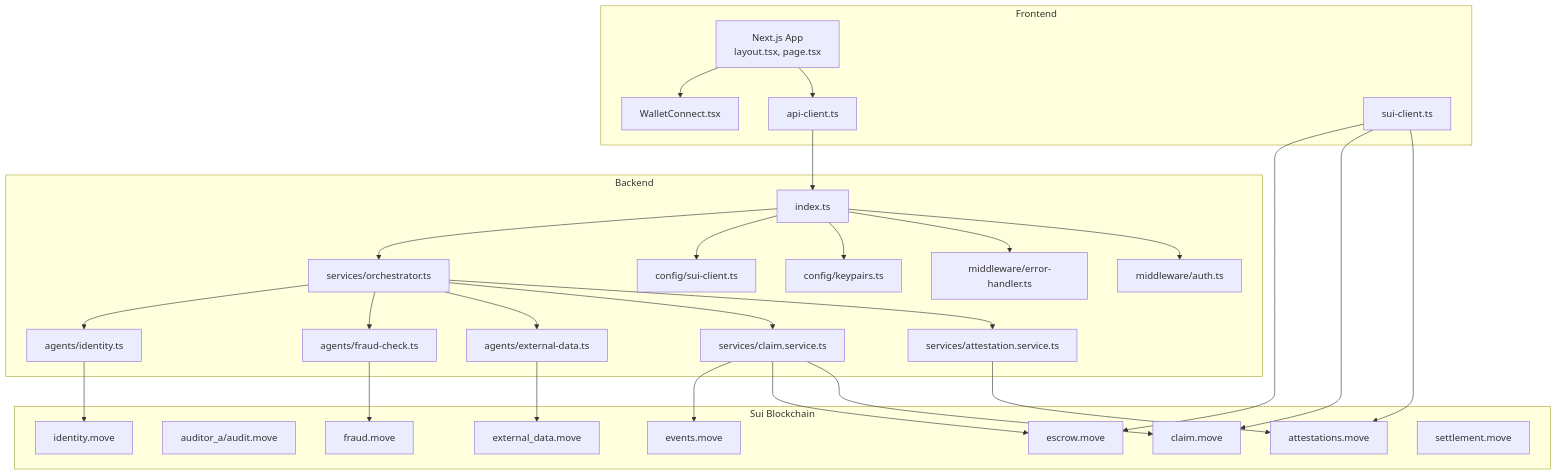
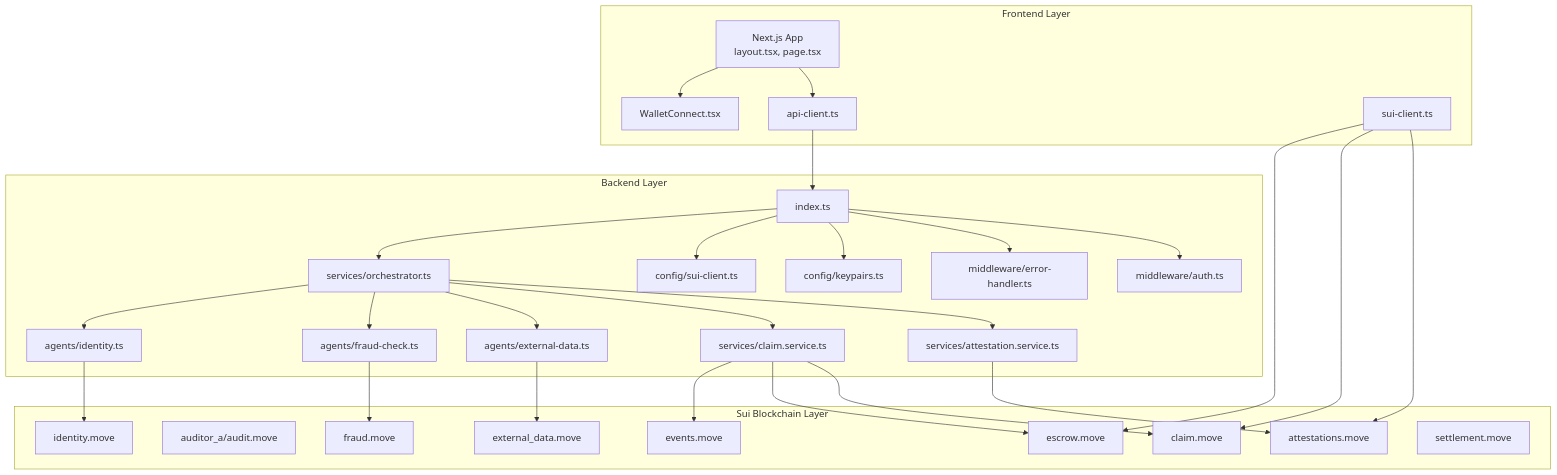
The first of 8 diagrams in .qoder/repowiki/en/content/Architecture Overview/Architecture Overview.md (hieudepoet/Insurix), drawn with Mermaid before and after one commit. The commit also changed other lines of this file and 73 other files, not shown here.

````diff
--- a/.qoder/repowiki/en/content/Architecture Overview/Architecture Overview.md
+++ b/.qoder/repowiki/en/content/Architecture Overview/Architecture Overview.md
@@ -63,56 +82,56 @@
 ```mermaid
 graph TB
-subgraph "Frontend"
+subgraph "Frontend Layer"
 FE_App["Next.js App<br/>layout.tsx, page.tsx"]
 FE_Wallet["WalletConnect.tsx"]
 FE_API["api-client.ts"]
 FE_SUI["sui-client.ts"]
 end
-subgraph "Backend"
+subgraph "Backend Layer"
 BE_Index["index.ts"]
 BE_MW_Auth["middleware/auth.ts"]
 BE_MW_Err["middleware/error-handler.ts"]
 BE_Config_Key["config/keypairs.ts"]
 BE_Config_SUI["config/sui-client.ts"]
 BE_Att["services/attestation.service.ts"]
 BE_Claim["services/claim.service.ts"]
 BE_Orchestrator["services/orchestrator.ts"]
 BE_Ag_Ext["agents/external-data.ts"]
 BE_Ag_Fraud["agents/fraud-check.ts"]
 BE_Ag_ID["agents/identity.ts"]
 end
-subgraph "Sui Blockchain"
+subgraph "Sui Blockchain Layer"
 SC_Atts["attestations.move"]
 SC_AuditA["auditor_a/audit.move"]
 SC_Schema_Ext["external_data.move"]
 SC_Schema_Fraud["fraud.move"]
 SC_Schema_ID["identity.move"]
 SC_Sett_Claim["claim.move"]
 SC_Sett_Escrow["escrow.move"]
 SC_Sett_Events["events.move"]
 SC_Sett_Settle["settlement.move"]
 end
 FE_App --> FE_API
 FE_App --> FE_Wallet
 FE_API --> BE_Index
 FE_SUI --> SC_Atts
 FE_SUI --> SC_Sett_Claim
 FE_SUI --> SC_Sett_Escrow
 BE_Index --> BE_MW_Auth
 BE_Index --> BE_MW_Err
 BE_Index --> BE_Config_Key
 BE_Index --> BE_Config_SUI
 BE_Index --> BE_Orchestrator
 BE_Orchestrator --> BE_Att
 BE_Orchestrator --> BE_Claim
 BE_Orchestrator --> BE_Ag_Ext
 BE_Orchestrator --> BE_Ag_Fraud
 BE_Orchestrator --> BE_Ag_ID
 BE_Att --> SC_Atts
 BE_Claim --> SC_Sett_Claim
 BE_Claim --> SC_Sett_Escrow
 BE_Claim --> SC_Sett_Events
 BE_Ag_Ext --> SC_Schema_Ext
 BE_Ag_Fraud --> SC_Schema_Fraud
 BE_Ag_ID --> SC_Schema_ID
 ```
````
